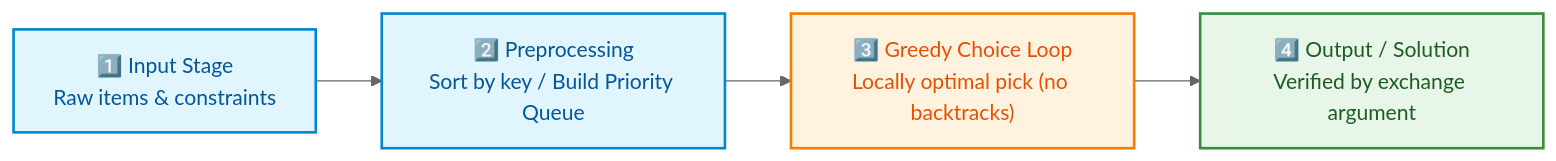
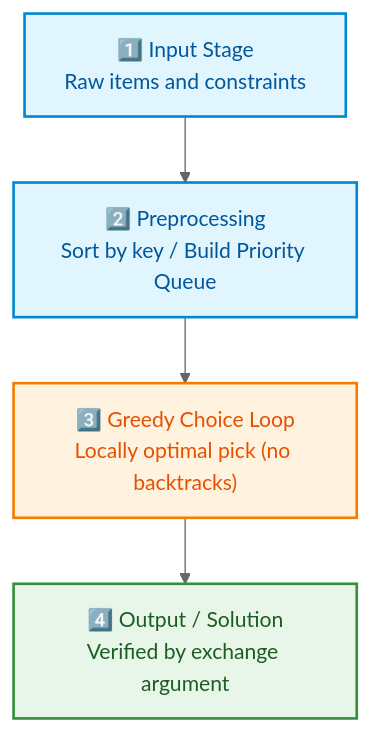
Before and after one commit to dip4k/DSA_102: the first of 4 diagrams in week_12_greedy_and_paradigms/Week_12_Visual_Concepts_Playbook_HYBRID.md, drawn with Mermaid (neutral theme). The commit also changed 191 other files, not shown here.

````diff
--- a/week_12_greedy_and_paradigms/Week_12_Visual_Concepts_Playbook_HYBRID.md
+++ b/week_12_greedy_and_paradigms/Week_12_Visual_Concepts_Playbook_HYBRID.md
@@ -62,13 +62,13 @@
 ```mermaid
-flowchart LR
+flowchart TD
     classDef stage fill:#e1f5fe,stroke:#0288d1,color:#01579b,stroke-width:2px;
     classDef loop fill:#fff3e0,stroke:#f57c00,color:#e65100,stroke-width:2px;
     classDef out fill:#e8f5e9,stroke:#388e3c,color:#1b5e20,stroke-width:2px;
 
-    S1["1️⃣ Input Stage<br/>Raw items & constraints"]:::stage
+    S1["1️⃣ Input Stage<br/>Raw items and constraints"]:::stage
     S2["2️⃣ Preprocessing<br/>Sort by key / Build Priority Queue"]:::stage
     S3["3️⃣ Greedy Choice Loop<br/>Locally optimal pick (no backtracks)"]:::loop
     S4["4️⃣ Output / Solution<br/>Verified by exchange argument"]:::out
 
     S1 --> S2 --> S3 --> S4
 ```
````
